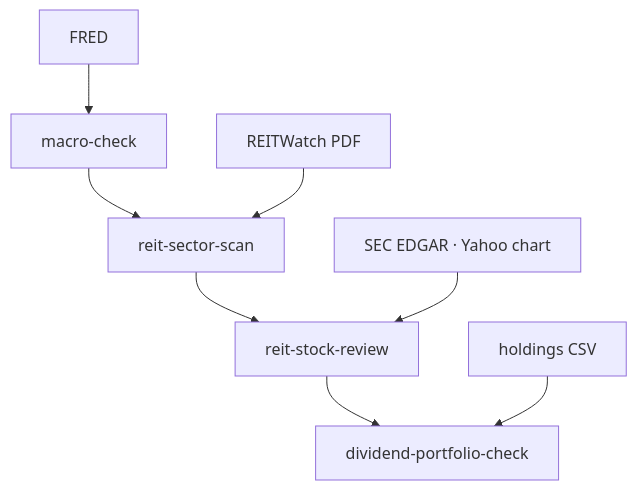
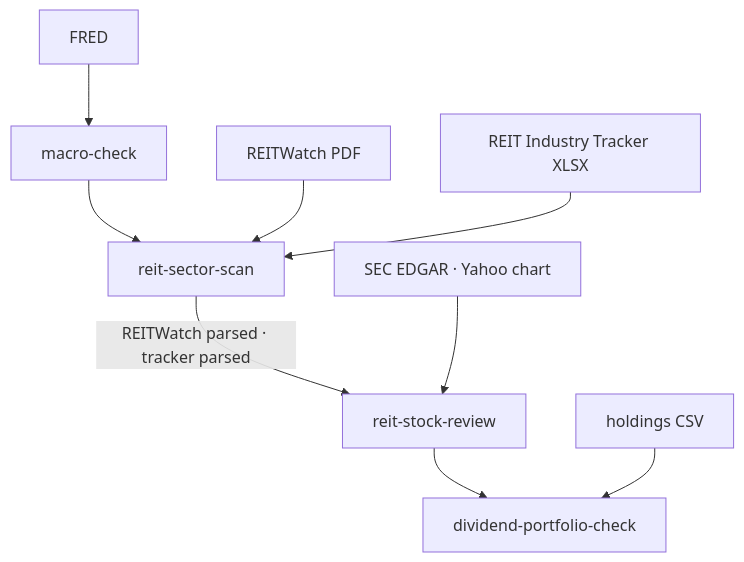
The diagram in docs/specs/reit-skills.md (hy-jaden-jeong/invest-skills), drawn with Mermaid before and after one commit. The commit also changed other lines of this file and 11 other files, not shown here.

````diff
--- a/docs/specs/reit-skills.md
+++ b/docs/specs/reit-skills.md
@@ -89,10 +93,11 @@
 ```mermaid
 flowchart TB
     F["FRED"] --> M["macro-check"]
     M --> S["reit-sector-scan"]
     R["REITWatch PDF"] --> S
-    S --> K["reit-stock-review"]
+    T["REIT Industry Tracker XLSX"] --> S
+    S -->|"REITWatch parsed · tracker parsed"| K["reit-stock-review"]
     E["SEC EDGAR · Yahoo chart"] --> K
     K --> P["dividend-portfolio-check"]
     H["holdings CSV"] --> P
 ```
````
